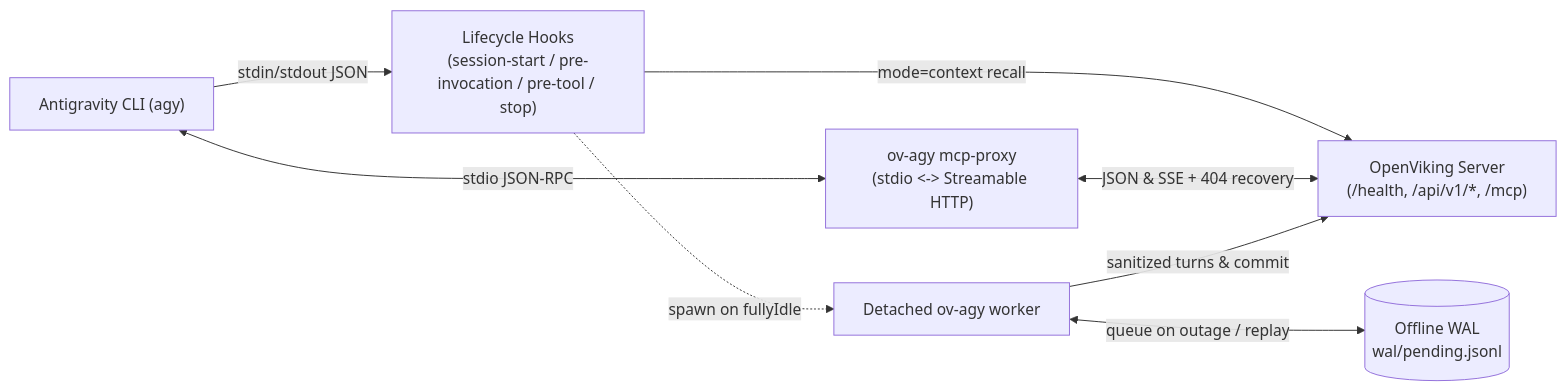
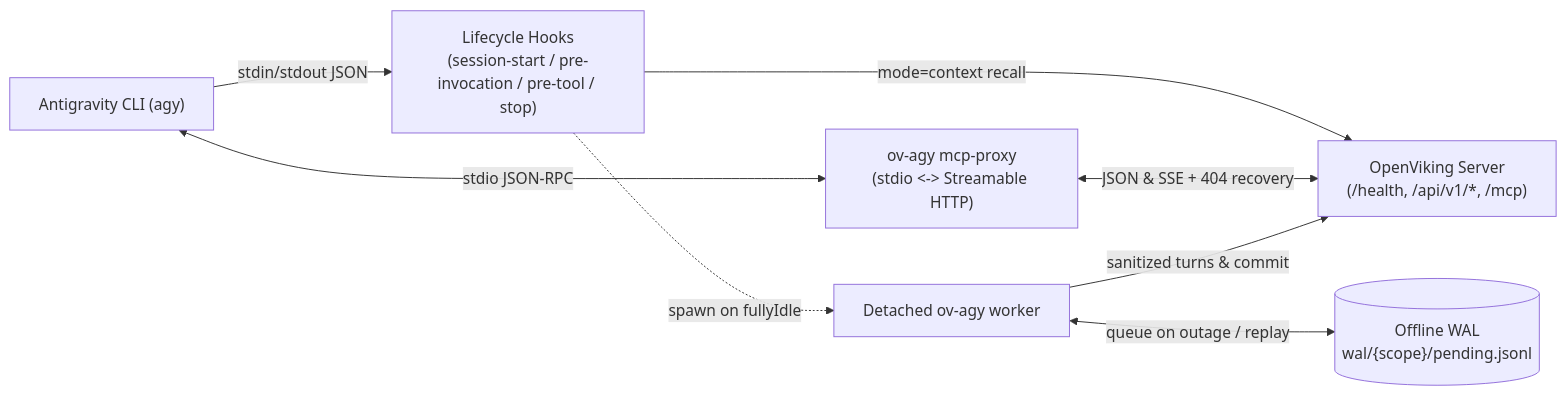
One commit to JamCh01/agy-openviking changed the diagram in README.md. Above: the diagram before and after it, drawn with Mermaid. The commit also changed other lines of this file and 21 other files, not shown here.

````diff
--- a/README.md
+++ b/README.md
@@ -54,17 +56,17 @@
 ```mermaid
 flowchart LR
     AGY["Antigravity CLI (agy)"]
     HOOKS["Lifecycle Hooks\n(session-start / pre-invocation / pre-tool / stop)"]
     MCP["ov-agy mcp-proxy\n(stdio <-> Streamable HTTP)"]
     WORKER["Detached ov-agy worker"]
-    WAL[("Offline WAL\nwal/pending.jsonl")]
+    WAL[("Offline WAL\nwal/{scope}/pending.jsonl")]
     OV["OpenViking Server\n(/health, /api/v1/*, /mcp)"]
 
     AGY -->|"stdin/stdout JSON"| HOOKS
     AGY <-->|"stdio JSON-RPC"| MCP
     HOOKS -->|"mode=context recall"| OV
     HOOKS -.->|"spawn on fullyIdle"| WORKER
     MCP <-->|"JSON & SSE + 404 recovery"| OV
     WORKER -->|"sanitized turns & commit"| OV
     WORKER <-->|"queue on outage / replay"| WAL
 ```
````
